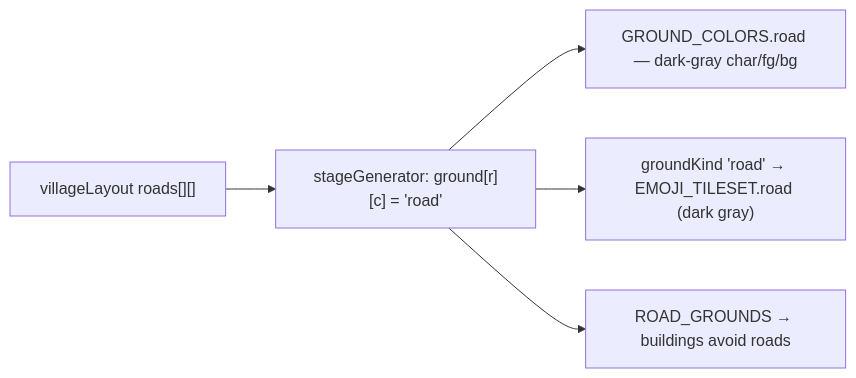
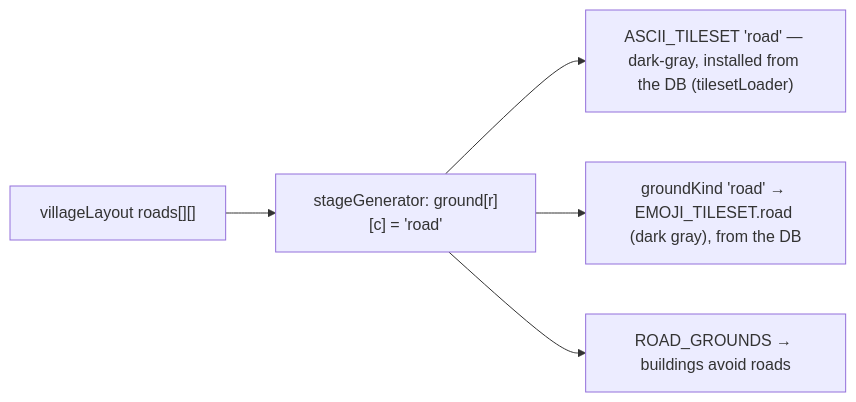
The fourth of 6 diagrams in docs/FEATURES.md (v1siond/game-website), drawn with Mermaid before and after one commit. The commit also changed other lines of this file and 38 other files, not shown here.

````diff
--- a/docs/FEATURES.md
+++ b/docs/FEATURES.md
@@ -87,7 +91,7 @@
 ```mermaid
 flowchart LR
   PLAN["villageLayout roads[][]"] --> CARVE["stageGenerator: ground[r][c] = 'road'"]
-  CARVE --> ASCII["GROUND_COLORS.road — dark-gray char/fg/bg"]
-  CARVE --> EMOJI["groundKind 'road' → EMOJI_TILESET.road (dark gray)"]
+  CARVE --> ASCII["ASCII_TILESET 'road' — dark-gray, installed from the DB (tilesetLoader)"]
+  CARVE --> EMOJI["groundKind 'road' → EMOJI_TILESET.road (dark gray), from the DB"]
   CARVE --> AVOID["ROAD_GROUNDS → buildings avoid roads"]
 ```
````
